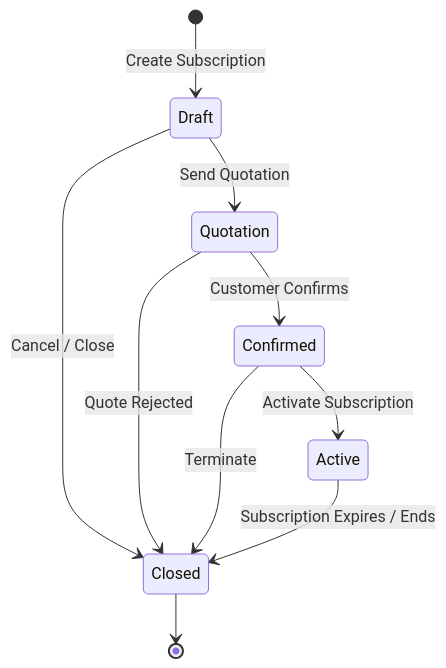
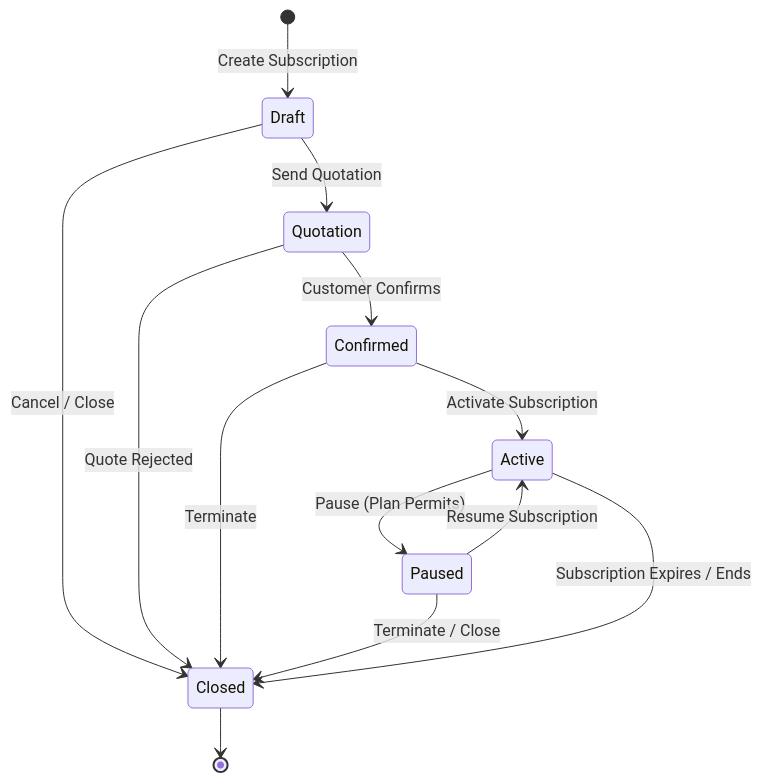
One commit to jxlee007/OH_SUBMIT changed the second of 2 diagrams in README.md. Above: the diagram before and after it, drawn with Mermaid. The commit also changed other lines of this file and 4 other files, not shown here.

````diff
--- a/README.md
+++ b/README.md
@@ -128,12 +128,15 @@
 ```mermaid
 stateDiagram-v2
     [*] --> Draft : Create Subscription
     Draft --> Quotation : Send Quotation
     Draft --> Closed : Cancel / Close
     Quotation --> Confirmed : Customer Confirms
     Quotation --> Closed : Quote Rejected
     Confirmed --> Active : Activate Subscription
     Confirmed --> Closed : Terminate
+    Active --> Paused : Pause (Plan Permits)
+    Paused --> Active : Resume Subscription
+    Paused --> Closed : Terminate / Close
     Active --> Closed : Subscription Expires / Ends
     Closed --> [*]
 ```
````
